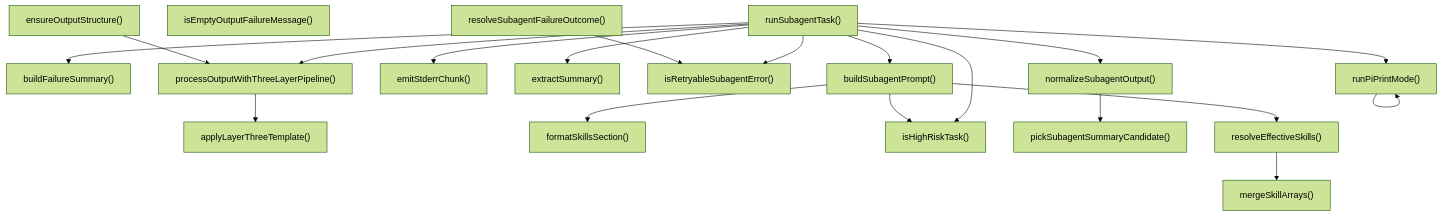
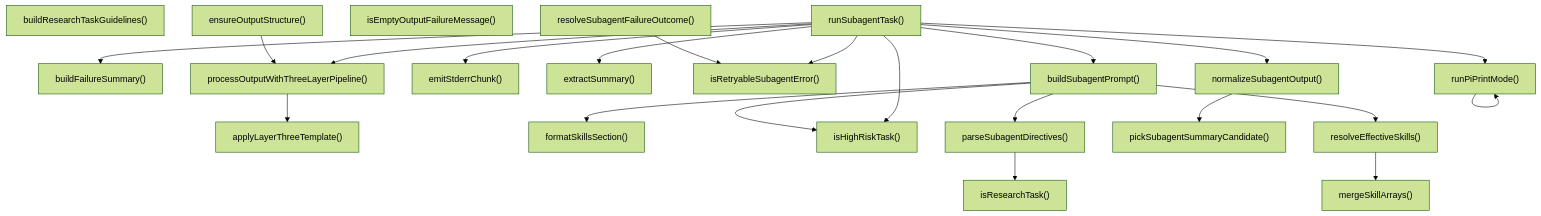
Before and after one commit to Mekann2904/mekann: the third of 4 diagrams in ABDD/.pi/extensions/subagents/task-execution.md, drawn with Mermaid (forest theme). The commit also changed other lines of this file and 257 other files, not shown here.

````diff
--- a/ABDD/.pi/extensions/subagents/task-execution.md
+++ b/ABDD/.pi/extensions/subagents/task-execution.md
@@ -90,39 +99,44 @@
 ```mermaid
 flowchart TD
   applyLayerThreeTemplate["applyLayerThreeTemplate()"]
   buildFailureSummary["buildFailureSummary()"]
+  buildResearchTaskGuidelines["buildResearchTaskGuidelines()"]
   buildSubagentPrompt["buildSubagentPrompt()"]
   emitStderrChunk["emitStderrChunk()"]
   ensureOutputStructure["ensureOutputStructure()"]
   extractSummary["extractSummary()"]
   formatSkillsSection["formatSkillsSection()"]
   isEmptyOutputFailureMessage["isEmptyOutputFailureMessage()"]
   isHighRiskTask["isHighRiskTask()"]
+  isResearchTask["isResearchTask()"]
   isRetryableSubagentError["isRetryableSubagentError()"]
   mergeSkillArrays["mergeSkillArrays()"]
   normalizeSubagentOutput["normalizeSubagentOutput()"]
+  parseSubagentDirectives["parseSubagentDirectives()"]
   pickSubagentSummaryCandidate["pickSubagentSummaryCandidate()"]
   processOutputWithThreeLayerPipeline["processOutputWithThreeLayerPipeline()"]
   resolveEffectiveSkills["resolveEffectiveSkills()"]
   resolveSubagentFailureOutcome["resolveSubagentFailureOutcome()"]
   runPiPrintMode["runPiPrintMode()"]
   runSubagentTask["runSubagentTask()"]
   buildSubagentPrompt --> formatSkillsSection
   buildSubagentPrompt --> isHighRiskTask
+  buildSubagentPrompt --> parseSubagentDirectives
   buildSubagentPrompt --> resolveEffectiveSkills
   ensureOutputStructure --> processOutputWithThreeLayerPipeline
   normalizeSubagentOutput --> pickSubagentSummaryCandidate
+  parseSubagentDirectives --> isResearchTask
   processOutputWithThreeLayerPipeline --> applyLayerThreeTemplate
   resolveEffectiveSkills --> mergeSkillArrays
   resolveSubagentFailureOutcome --> isRetryableSubagentError
   runPiPrintMode --> runPiPrintMode
   runSubagentTask --> buildFailureSummary
   runSubagentTask --> buildSubagentPrompt
   runSubagentTask --> emitStderrChunk
   runSubagentTask --> extractSummary
   runSubagentTask --> isHighRiskTask
   runSubagentTask --> isRetryableSubagentError
   runSubagentTask --> normalizeSubagentOutput
   runSubagentTask --> processOutputWithThreeLayerPipeline
   runSubagentTask --> runPiPrintMode
 ```
````
